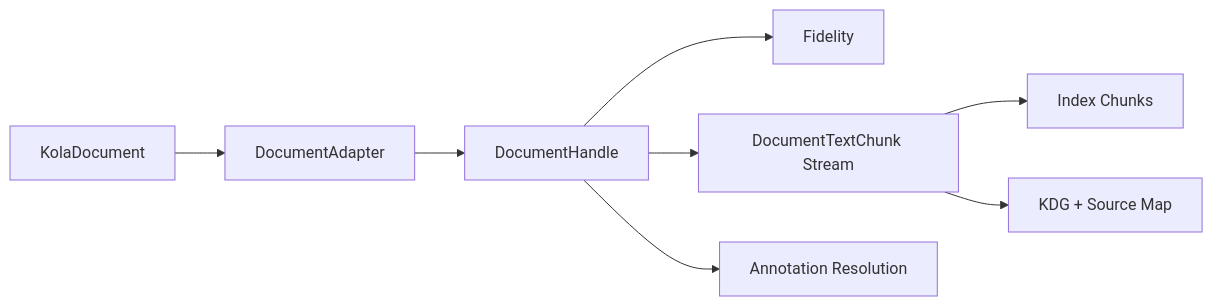
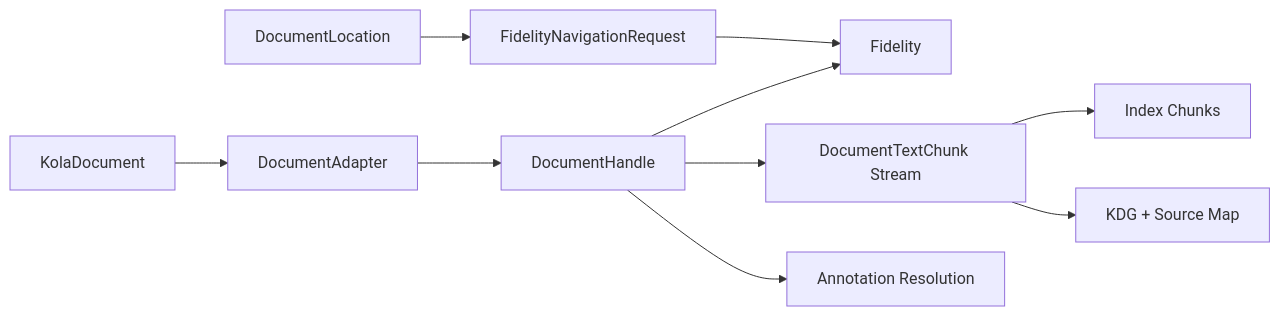
The eighth of 13 diagrams in docs/PROJECT_GRAPH.md (aaditya140103/kola), drawn with Mermaid before and after one commit. The commit also changed other lines of this file, not shown here.

Commit message:
Add persistent local search data flow

````diff
--- a/docs/PROJECT_GRAPH.md
+++ b/docs/PROJECT_GRAPH.md
@@ -129,9 +156,10 @@
 ```mermaid
 flowchart LR
     Doc[KolaDocument] --> Adapter[DocumentAdapter] --> Handle[DocumentHandle]
     Handle --> Fidelity[Fidelity]
     Handle --> Text[DocumentTextChunk Stream]
     Text --> Index[Index Chunks]
     Text --> KDG[KDG + Source Map]
     Handle --> Resolve[Annotation Resolution]
+    Location[DocumentLocation] --> Request[FidelityNavigationRequest] --> Fidelity
 ```
````
